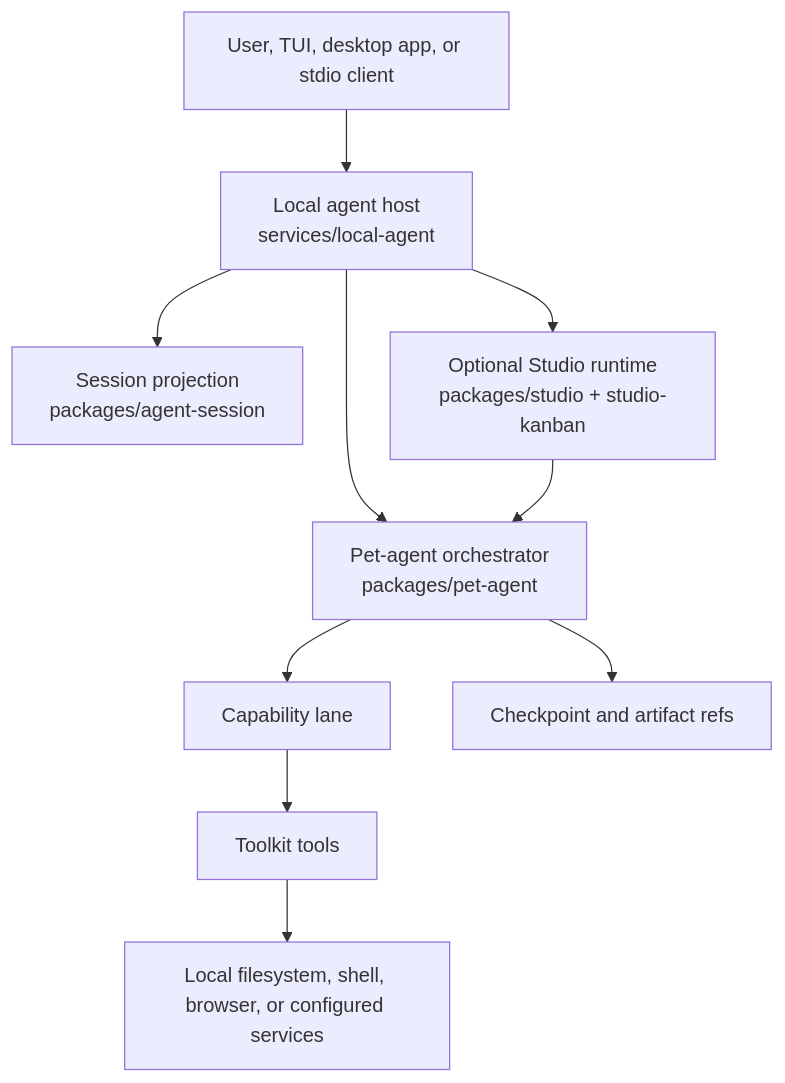
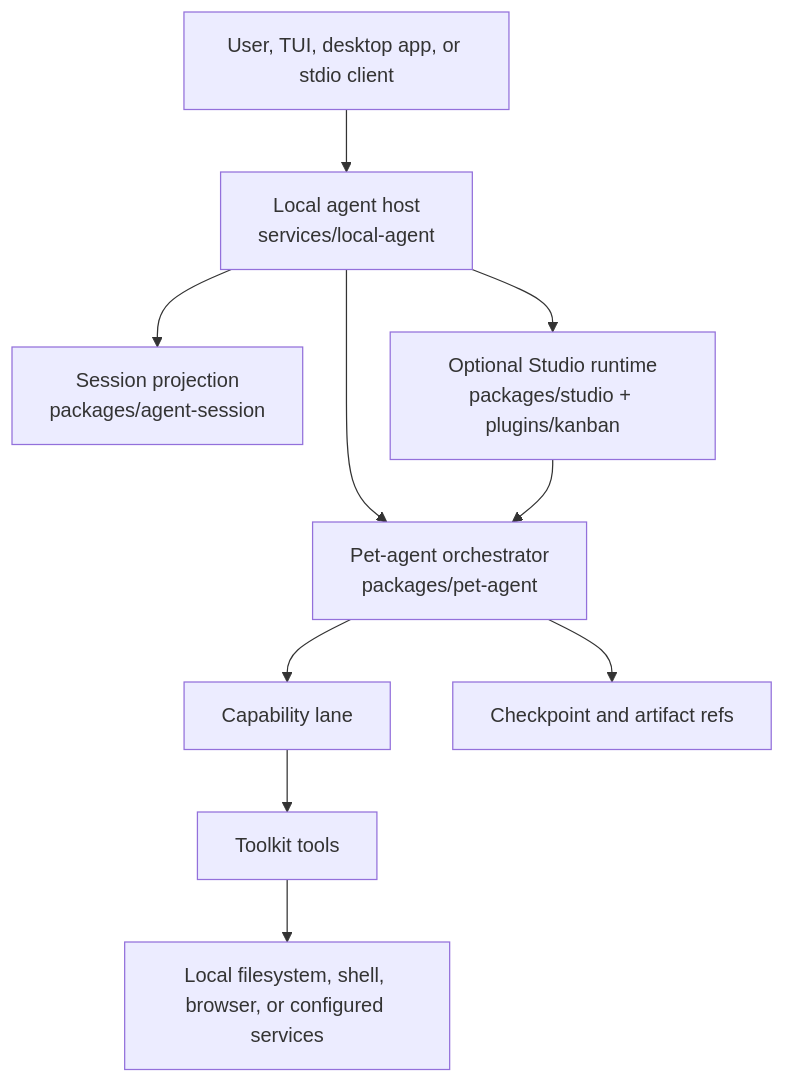
The diagram in docs/concepts/architecture.md (pinpawo/pinpawo-agent), drawn with Mermaid before and after one commit. The commit also changed 39 other files, not shown here.

````diff
--- a/docs/concepts/architecture.md
+++ b/docs/concepts/architecture.md
@@ -33,12 +33,12 @@
 ```mermaid
 flowchart TB
   U["User, TUI, desktop app, or stdio client"] --> H["Local agent host\nservices/local-agent"]
   H --> O["Pet-agent orchestrator\npackages/pet-agent"]
   H --> S["Session projection\npackages/agent-session"]
   O --> C["Capability lane"]
   C --> K["Toolkit tools"]
   K --> L["Local filesystem, shell, browser, or configured services"]
   O --> A["Checkpoint and artifact refs"]
-  H --> ST["Optional Studio runtime\npackages/studio + studio-kanban"]
+  H --> ST["Optional Studio runtime\npackages/studio + plugins/kanban"]
   ST --> O
 ```
````
